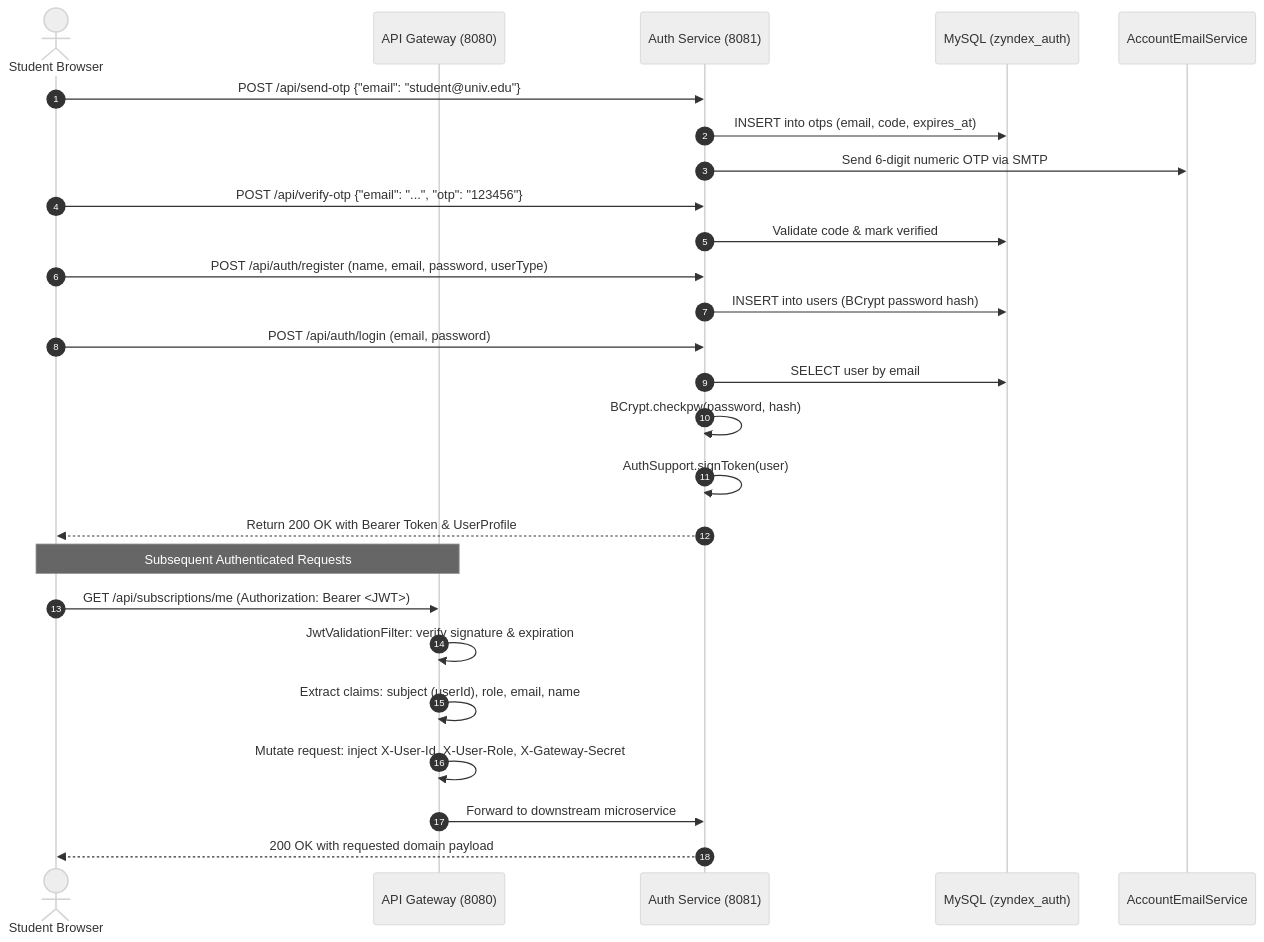
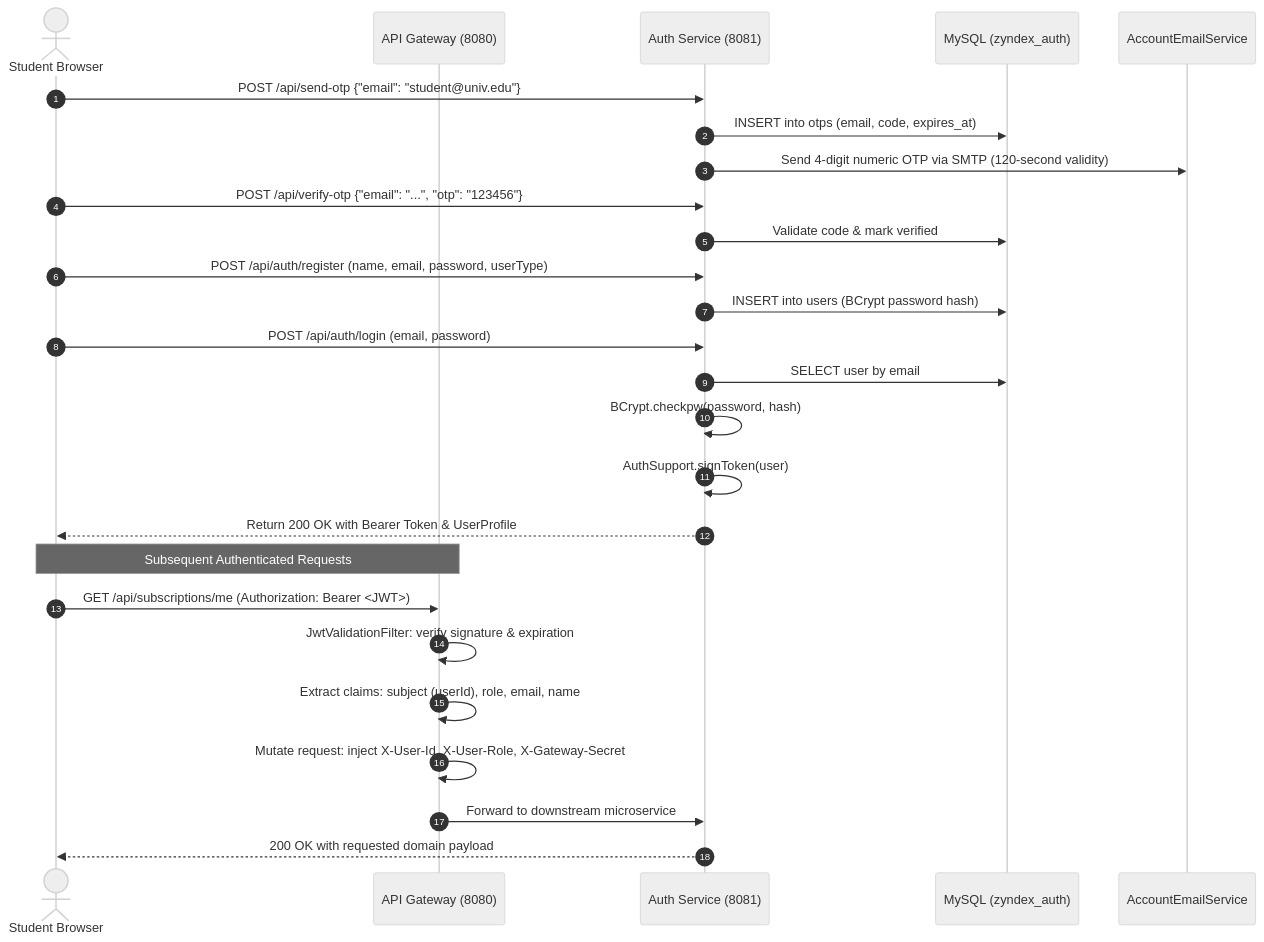
Before and after one commit to BhaanuG/Zyndex-MS: the seventh of 9 diagrams in README.md, drawn with Mermaid (neutral theme). The commit also changed other lines of this file and 3 other files, not shown here.

````diff
--- a/README.md
+++ b/README.md
@@ -1149,31 +1153,31 @@
 ```mermaid
 sequenceDiagram
     autonumber
     actor User as Student Browser
     participant GW as API Gateway (8080)
     participant Auth as Auth Service (8081)
     participant DB as MySQL (zyndex_auth)
     participant Mail as AccountEmailService
 
     User->>Auth: POST /api/send-otp {"email": "student@univ.edu"}
     Auth->>DB: INSERT into otps (email, code, expires_at)
-    Auth->>Mail: Send 6-digit numeric OTP via SMTP
+    Auth->>Mail: Send 4-digit numeric OTP via SMTP (120-second validity)
     User->>Auth: POST /api/verify-otp {"email": "...", "otp": "123456"}
     Auth->>DB: Validate code & mark verified
     User->>Auth: POST /api/auth/register (name, email, password, userType)
     Auth->>DB: INSERT into users (BCrypt password hash)
     
     User->>Auth: POST /api/auth/login (email, password)
     Auth->>DB: SELECT user by email
     Auth->>Auth: BCrypt.checkpw(password, hash)
     Auth->>Auth: AuthSupport.signToken(user)
     Auth-->>User: Return 200 OK with Bearer Token & UserProfile
 
     Note over User,GW: Subsequent Authenticated Requests
     User->>GW: GET /api/subscriptions/me (Authorization: Bearer <JWT>)
     GW->>GW: JwtValidationFilter: verify signature & expiration
     GW->>GW: Extract claims: subject (userId), role, email, name
     GW->>GW: Mutate request: inject X-User-Id, X-User-Role, X-Gateway-Secret
     GW->>Auth: Forward to downstream microservice
     Auth-->>User: 200 OK with requested domain payload
 ```
````
